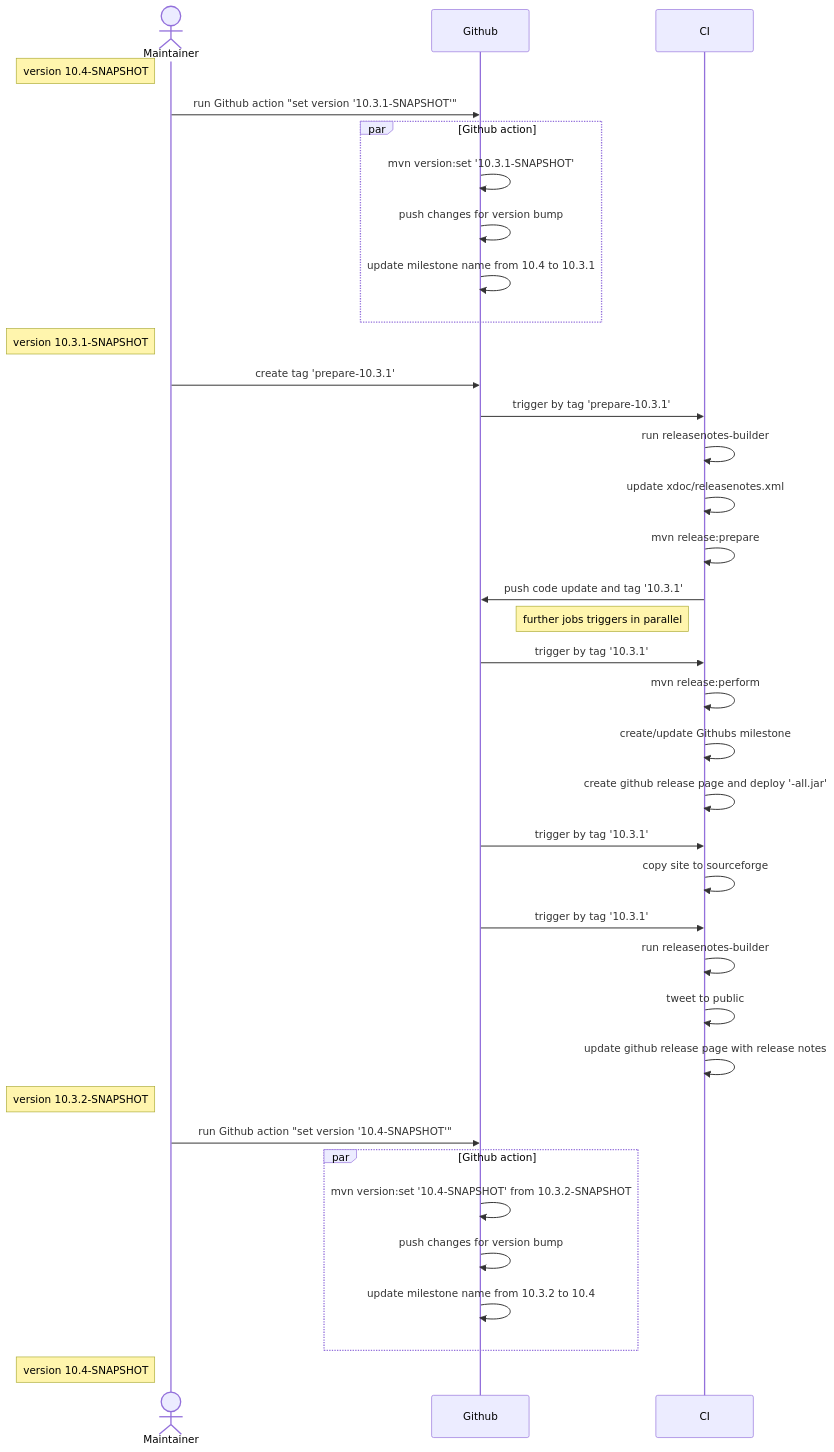
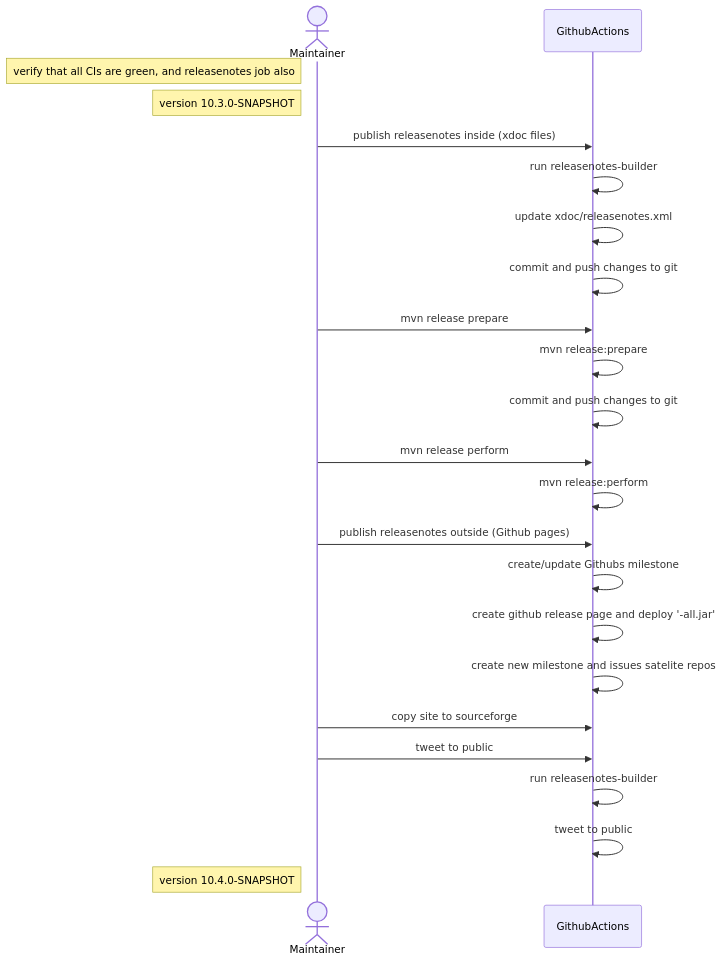
One commit to checkstyle/contribution changed the diagram in releasenotes-builder/diagrams.md. Above: the diagram before and after it, drawn with Mermaid.

Commit message:
doc: update release diagram

````diff
--- a/releasenotes-builder/diagrams.md
+++ b/releasenotes-builder/diagrams.md
@@ -5,47 +5,34 @@
 ```mermaid
 sequenceDiagram
     actor Maintainer
-    participant Github
-    participant CI
+    participant GithubActions
 
-    Note left of Maintainer: version 10.4-SNAPSHOT
-    Maintainer->>Github: run Github action "set version '10.3.1-SNAPSHOT'"
-    par Github action
-        Github->>Github: mvn version:set '10.3.1-SNAPSHOT'
-        Github->>Github: push changes for version bump
-        Github->>Github: update milestone name from 10.4 to 10.3.1
-    end
+    Note left of Maintainer: verify that all CIs are green, and releasenotes job also
+    
+    Note left of Maintainer: version 10.3.0-SNAPSHOT
+    Maintainer->>GithubActions: publish releasenotes inside (xdoc files)
 
-    Note left of Maintainer: version 10.3.1-SNAPSHOT
-    Maintainer->>Github: create tag 'prepare-10.3.1'
+    GithubActions->>GithubActions: run releasenotes-builder
+    GithubActions->>GithubActions: update xdoc/releasenotes.xml
+    GithubActions->>GithubActions: commit and push changes to git
+    
+    Maintainer->>GithubActions: mvn release prepare
+    GithubActions->>GithubActions: mvn release:prepare
+    GithubActions->>GithubActions: commit and push changes to git
 
-    Github->>CI: trigger by tag 'prepare-10.3.1'
-    CI->>CI: run releasenotes-builder
-    CI->>CI: update xdoc/releasenotes.xml
-    CI->>CI: mvn release:prepare
-    CI->>Github: push code update and tag '10.3.1'
+    Maintainer->>GithubActions: mvn release perform
+    GithubActions->>GithubActions: mvn release:perform
 
-    Note left of CI: further jobs triggers in parallel
+    Maintainer->>GithubActions: publish releasenotes outside (Github pages)
+    GithubActions->>GithubActions: create/update Githubs milestone
+    GithubActions->>GithubActions: create github release page and deploy '-all.jar'
+    GithubActions->>GithubActions: create new milestone and issues satelite repos
 
-    Github->>CI: trigger by tag '10.3.1'
-    CI->>CI: mvn release:perform
-    CI->>CI: create/update Githubs milestone
-    CI->>CI: create github release page and deploy '-all.jar'
+    Maintainer->>GithubActions: copy site to sourceforge
 
-    Github->>CI: trigger by tag '10.3.1'
-    CI->>CI: copy site to sourceforge
-
-    Github->>CI: trigger by tag '10.3.1'
-    CI->>CI: run releasenotes-builder
-    CI->>CI: tweet to public
-    CI->>CI: update github release page with release notes
-
-    Note left of Maintainer: version 10.3.2-SNAPSHOT
-    Maintainer->>Github: run Github action "set version '10.4-SNAPSHOT'"
-    par Github action
-        Github->>Github: mvn version:set '10.4-SNAPSHOT' from 10.3.2-SNAPSHOT
-        Github->>Github: push changes for version bump
-        Github->>Github: update milestone name from 10.3.2 to 10.4
-    end
-    Note left of Maintainer: version 10.4-SNAPSHOT
+    Maintainer->>GithubActions: tweet to public
+    GithubActions->>GithubActions: run releasenotes-builder
+    GithubActions->>GithubActions: tweet to public
+    
+    Note left of Maintainer: version 10.4.0-SNAPSHOT
 ```
````
